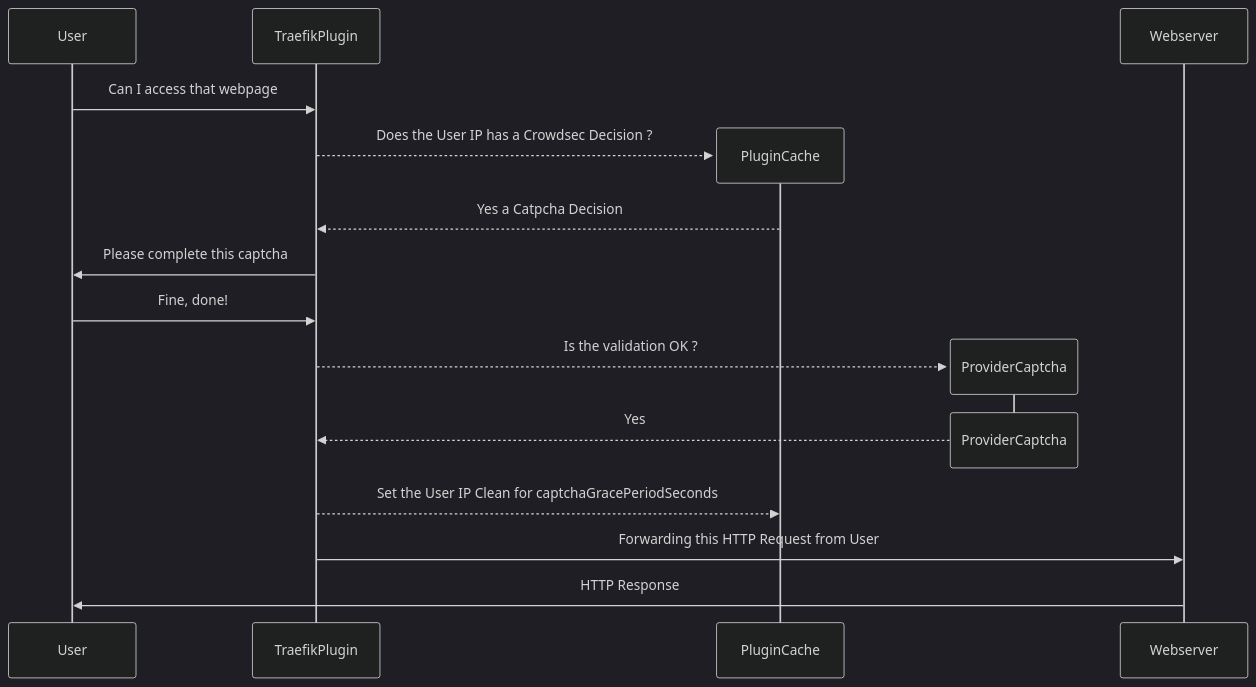
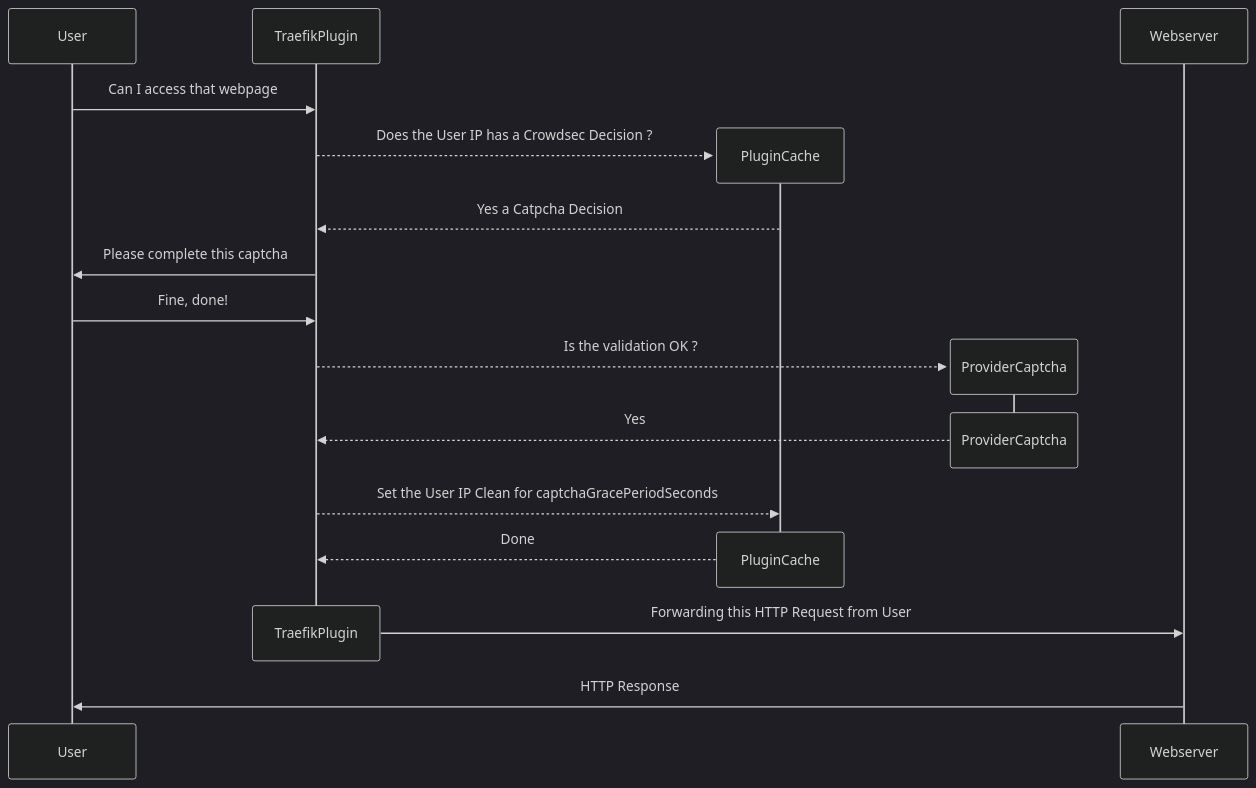
Before and after one commit to maxlerebourg/crowdsec-bouncer-traefik-plugin: the second of 3 diagrams in examples/captcha/README.md, drawn with Mermaid (dark theme).

Commit message:
📝 Update a bit diagrams

````diff
--- a/examples/captcha/README.md
+++ b/examples/captcha/README.md
@@ -112,18 +112,21 @@
 ```mermaid
 sequenceDiagram
     participant User
     participant TraefikPlugin
     User->>TraefikPlugin: Can I access that webpage
     create participant PluginCache
     TraefikPlugin-->>PluginCache: Does the User IP has a Crowdsec Decision ?
     PluginCache-->>TraefikPlugin: Yes a Catpcha Decision
     TraefikPlugin->>User: Please complete this captcha
     User->>TraefikPlugin: Fine, done!
     create participant ProviderCaptcha
     TraefikPlugin-->>ProviderCaptcha: Is the validation OK ?
     Destroy ProviderCaptcha    
     ProviderCaptcha-->>TraefikPlugin: Yes
     TraefikPlugin-->>PluginCache: Set the User IP Clean for captchaGracePeriodSeconds
+    Destroy PluginCache
+    PluginCache-->>TraefikPlugin: Done
+    Destroy TraefikPlugin
     TraefikPlugin->>Webserver: Forwarding this HTTP Request from User
     Webserver->>User: HTTP Response
 ```
````
